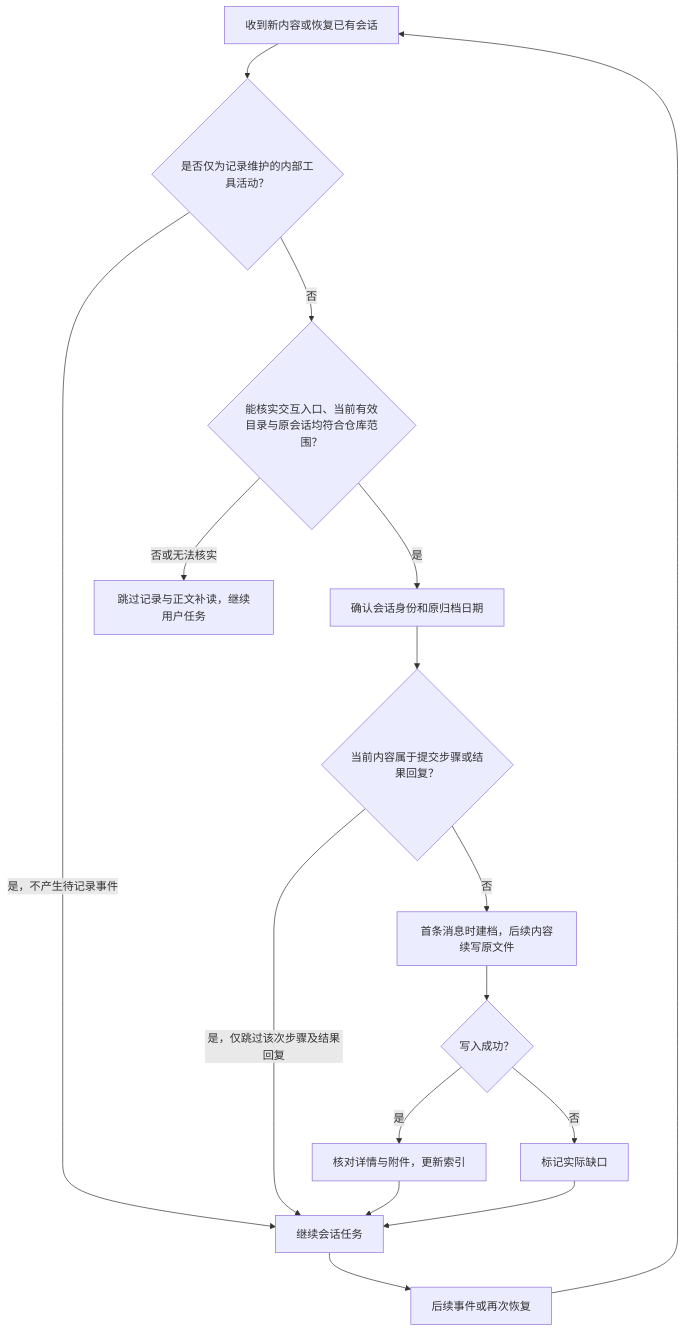
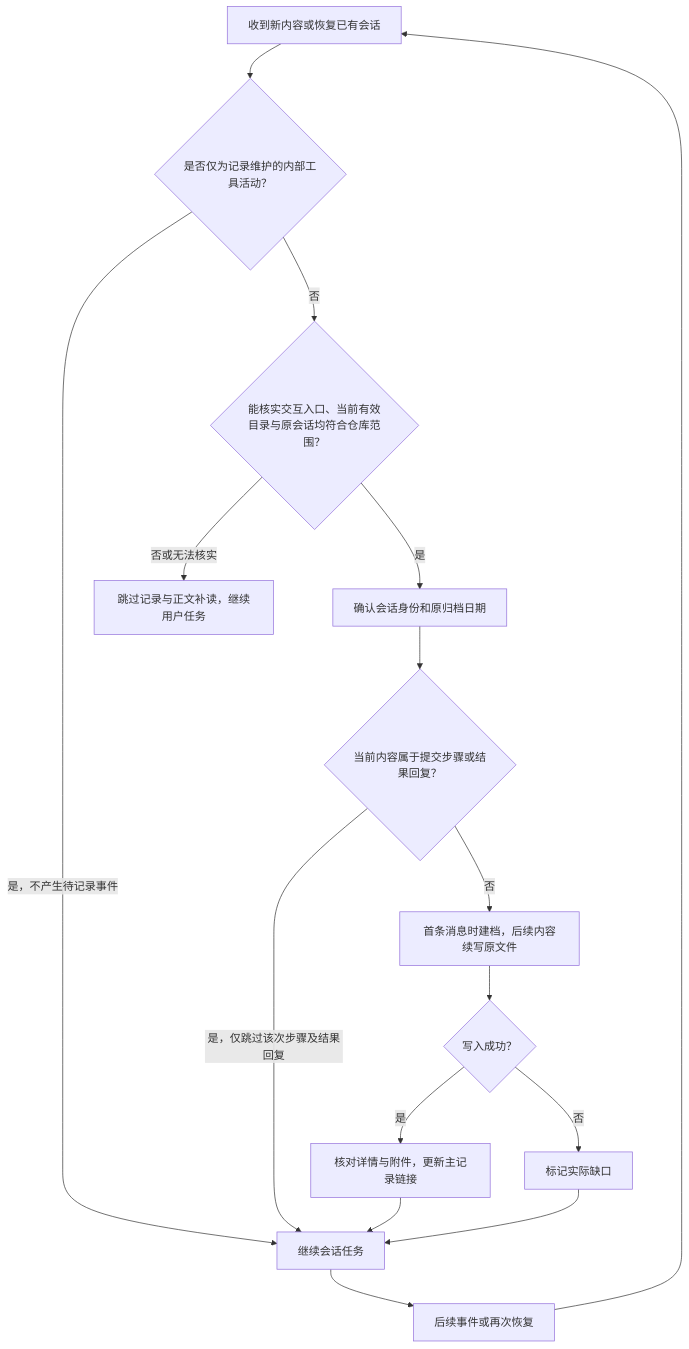
The first of 4 diagrams in specs/skills/002-conversation-to-skill/diagrams.md (Ena-Heleneto/agent-foundry), drawn with Mermaid before and after one commit. The commit also changed other lines of this file and 24 other files, not shown here.

````diff
--- a/specs/skills/002-conversation-to-skill/diagrams.md
+++ b/specs/skills/002-conversation-to-skill/diagrams.md
@@ -7,18 +7,18 @@
 ```mermaid
 flowchart TD
     A["收到新内容或恢复已有会话"] --> R{"是否仅为记录维护的内部工具活动？"}
     R -->|是，不产生待记录事件| G
     R -->|否| I{"能核实交互入口、当前有效目录与原会话均符合仓库范围？"}
     I -->|是| B["确认会话身份和原归档日期"]
     I -->|否或无法核实| J["跳过记录与正文补读，继续用户任务"]
     B --> K{"当前内容属于提交步骤或结果回复？"}
     K -->|是，仅跳过该次步骤及结果回复| G
     K -->|否| C["首条消息时建档，后续内容续写原文件"]
     C --> D{"写入成功？"}
-    D -->|是| E["核对详情与附件，更新索引"]
+    D -->|是| E["核对详情与附件，更新主记录链接"]
     D -->|否| F["标记实际缺口"]
     E --> G["继续会话任务"]
     F --> G
     G --> H["后续事件或再次恢复"]
     H --> A
 ```
````
